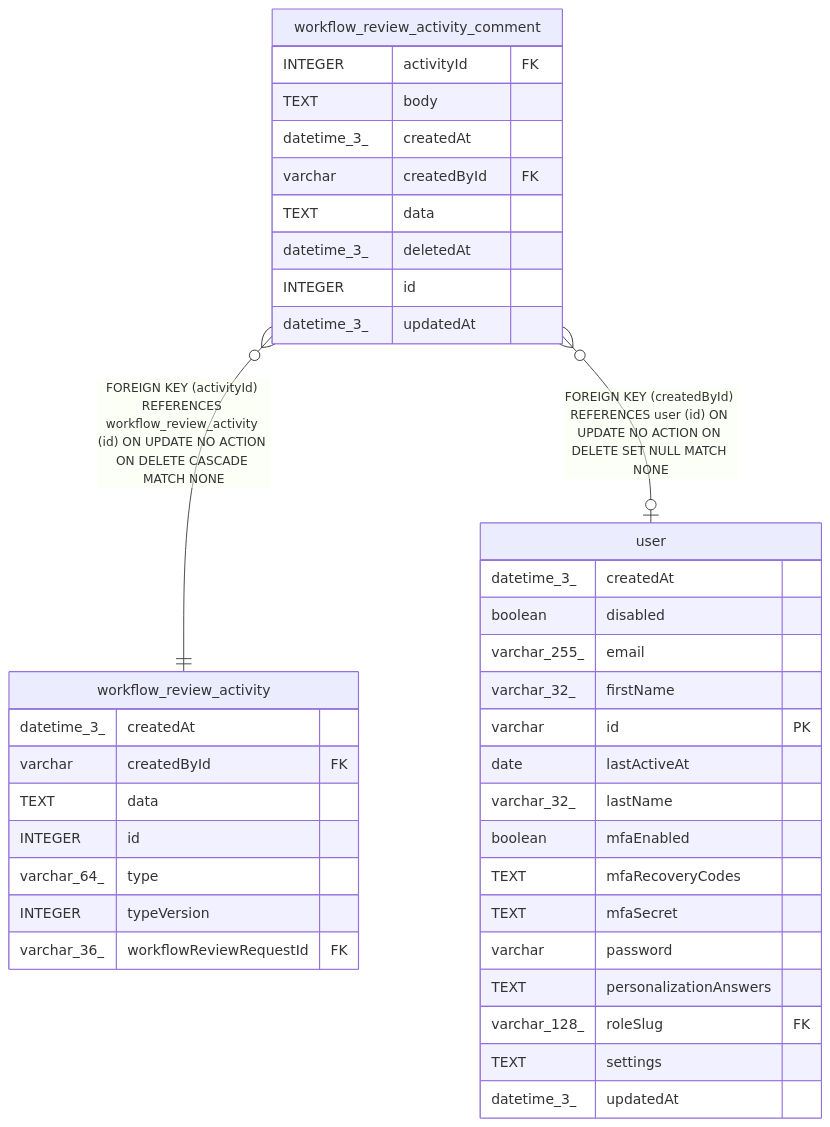
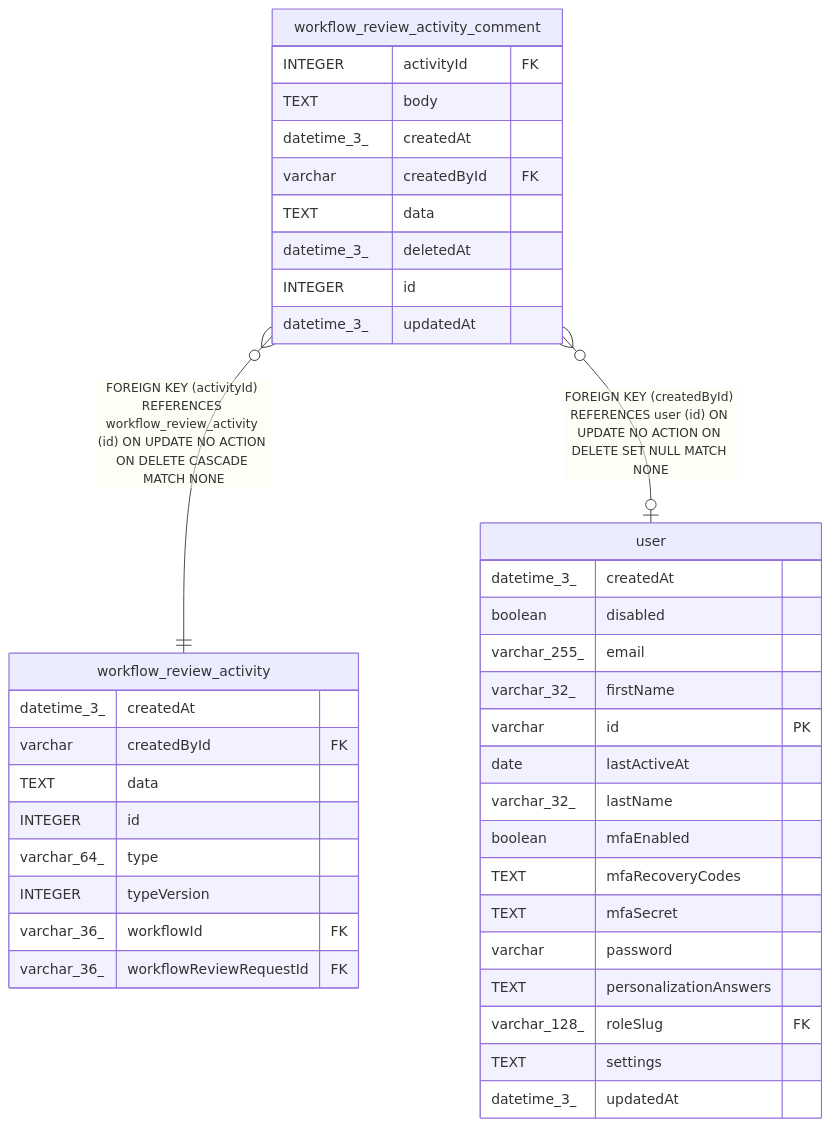
Before and after one commit to mayankjain1815-commits/n8n: the diagram in docs/generated/sqlite-schema/workflow_review_activity_comment.md, drawn with Mermaid. The commit also changed 16 other files, not shown here.

````diff
--- a/docs/generated/sqlite-schema/workflow_review_activity_comment.md
+++ b/docs/generated/sqlite-schema/workflow_review_activity_comment.md
@@ -43,43 +43,44 @@
 ```mermaid
 erDiagram
 
 "workflow_review_activity_comment" }o--|| "workflow_review_activity" : "FOREIGN KEY (activityId) REFERENCES workflow_review_activity (id) ON UPDATE NO ACTION ON DELETE CASCADE MATCH NONE"
 "workflow_review_activity_comment" }o--o| "user" : "FOREIGN KEY (createdById) REFERENCES user (id) ON UPDATE NO ACTION ON DELETE SET NULL MATCH NONE"
 
 "workflow_review_activity_comment" {
   INTEGER activityId FK
   TEXT body
   datetime_3_ createdAt
   varchar createdById FK
   TEXT data
   datetime_3_ deletedAt
   INTEGER id
   datetime_3_ updatedAt
 }
 "workflow_review_activity" {
   datetime_3_ createdAt
   varchar createdById FK
   TEXT data
   INTEGER id
   varchar_64_ type
   INTEGER typeVersion
+  varchar_36_ workflowId FK
   varchar_36_ workflowReviewRequestId FK
 }
 "user" {
   datetime_3_ createdAt
   boolean disabled
   varchar_255_ email
   varchar_32_ firstName
   varchar id PK
   date lastActiveAt
   varchar_32_ lastName
   boolean mfaEnabled
   TEXT mfaRecoveryCodes
   TEXT mfaSecret
   varchar password
   TEXT personalizationAnswers
   varchar_128_ roleSlug FK
   TEXT settings
   datetime_3_ updatedAt
 }
 ```
````
